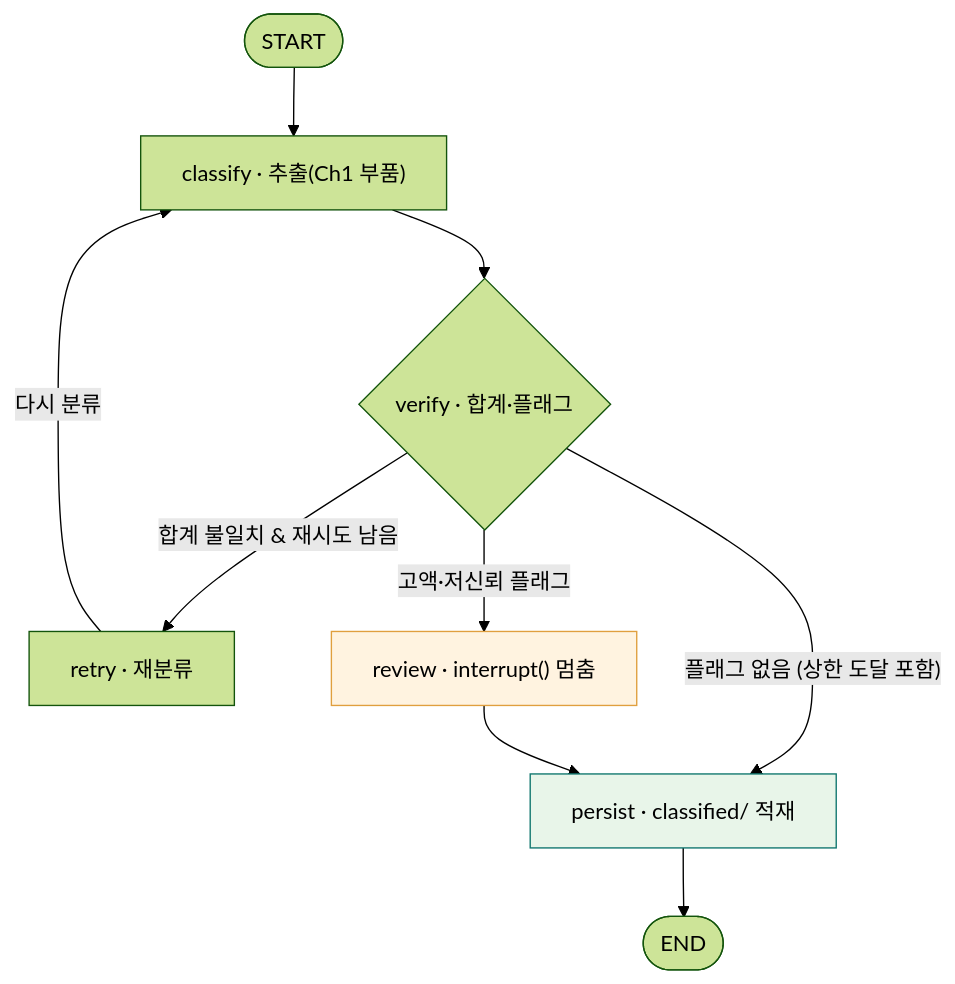
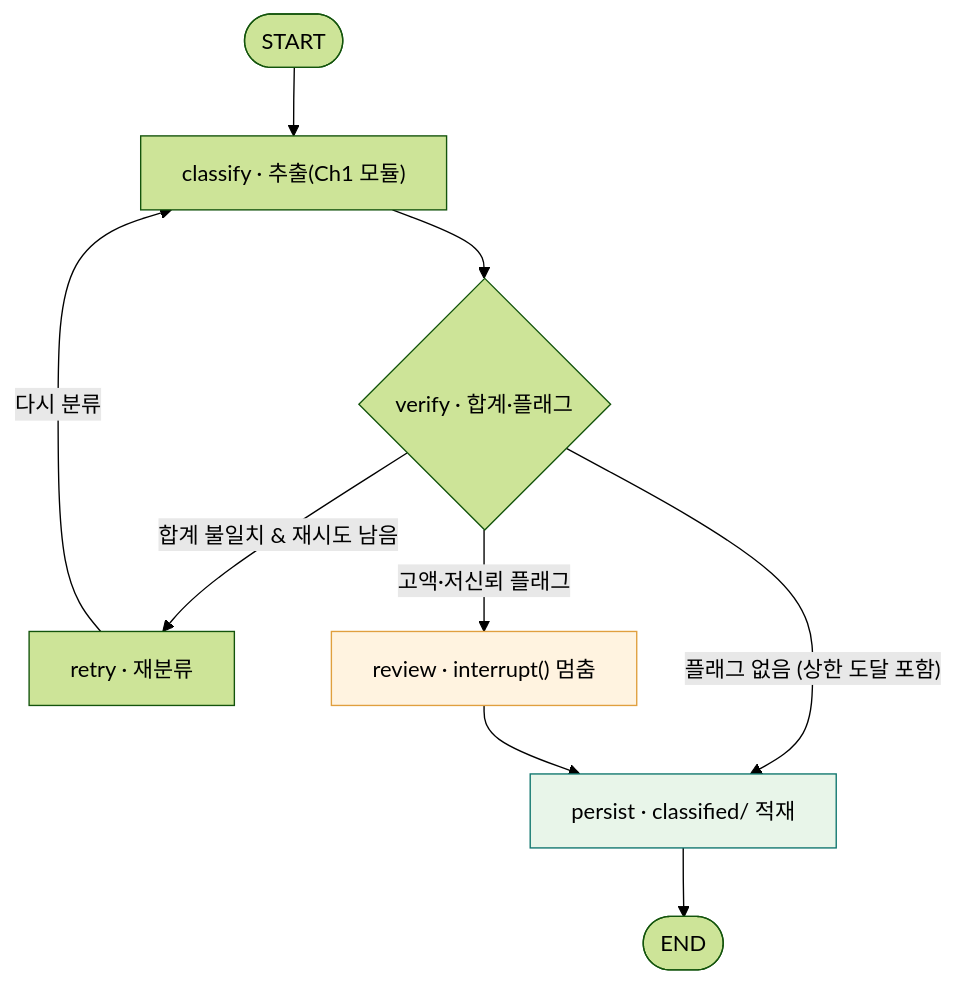
One commit to Yo-sure/deepagents-handson changed the second of 4 diagrams in books/md/Chapter 2. LangChain LangGraph Agent와 Harness 구조.md. Above: the diagram before and after it, drawn with Mermaid (forest theme). The commit also changed other lines of this file and 6 other files, not shown here.

````diff
--- a/books/md/Chapter 2. LangChain LangGraph Agent와 Harness 구조.md
+++ b/books/md/Chapter 2. LangChain LangGraph Agent와 Harness 구조.md
@@ -147,13 +147,13 @@
 ```mermaid
 flowchart TD
-    S([START]) --> CL["classify · 추출(Ch1 부품)"]
+    S([START]) --> CL["classify · 추출(Ch1 모듈)"]
     CL --> VE{"verify · 합계·플래그"}
     VE -->|"합계 불일치 & 재시도 남음"| RT["retry · 재분류"]
     RT -->|"다시 분류"| CL
     VE -->|"고액·저신뢰 플래그"| RV["review · interrupt() 멈춤"]
     VE -->|"플래그 없음 (상한 도달 포함)"| PS["persist · classified/ 적재"]
     RV --> PS
     PS --> E([END])
     style RV fill:#fff3e0,stroke:#e09f3e
     style PS fill:#e8f5e9,stroke:#0f766e
 ```
````
